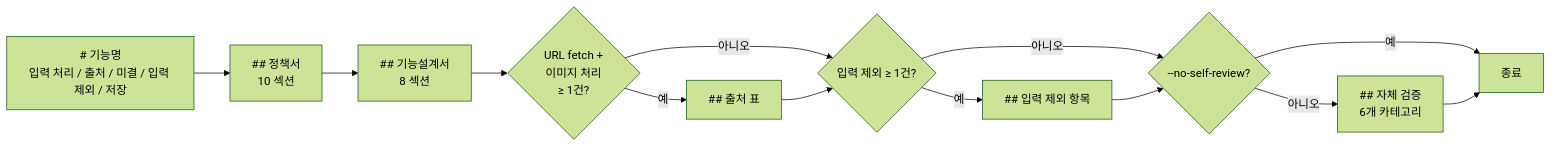
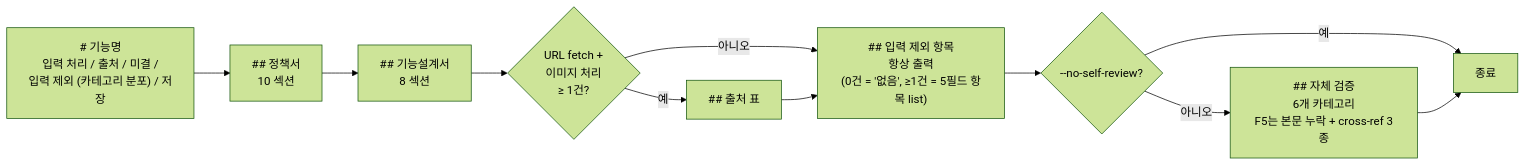
The ninth of 11 diagrams in planning-kit/docs/planning-format-workflow.md (inkwonjung-colosseum/plugins), drawn with Mermaid (forest theme) before and after one commit. The commit also changed other lines of this file and 6 other files, not shown here.

````diff
--- a/planning-kit/docs/planning-format-workflow.md
+++ b/planning-kit/docs/planning-format-workflow.md
@@ -218,17 +218,14 @@
 ```mermaid
 flowchart LR
-  H[# 기능명<br/>입력 처리 / 출처 / 미결 / 입력 제외 / 저장]
+  H["# 기능명<br/>입력 처리 / 출처 / 미결 /<br/>입력 제외 (카테고리 분포) / 저장"]
   H --> P[## 정책서<br/>10 섹션]
   P --> F[## 기능설계서<br/>8 섹션]
   F --> SR{URL fetch +<br/>이미지 처리<br/>≥ 1건?}
   SR -->|예| ST[## 출처 표]
-  SR -->|아니오| EX
-  ST --> EX{입력 제외 ≥ 1건?}
-  EX -->|예| EXB[## 입력 제외 항목]
-  EX -->|아니오| RV
-  EXB --> RV
-  RV{--no-self-review?}
-  RV -->|아니오| RVB[## 자체 검증<br/>6개 카테고리]
+  SR -->|아니오| EXB
+  ST --> EXB["## 입력 제외 항목<br/>항상 출력<br/>(0건 = '없음', ≥1건 = 5필드 항목 list)"]
+  EXB --> RV{--no-self-review?}
+  RV -->|아니오| RVB[## 자체 검증<br/>6개 카테고리<br/>F5는 본문 누락 + cross-ref 3종]
   RV -->|예| END[종료]
   RVB --> END
 ```
````
